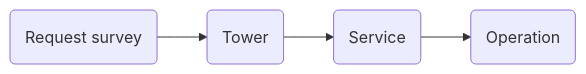
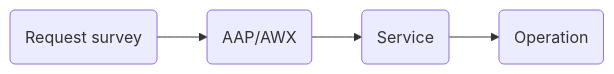
One commit to HewlettPackard/squest changed the diagram in docs/manual/service_catalog/service.md. Above: the diagram before and after it, drawn with Mermaid. The commit also changed 17 other files, not shown here.

Commit message:
Replace Tower by AAP in documentation

````diff
--- a/docs/manual/service_catalog/service.md
+++ b/docs/manual/service_catalog/service.md
@@ -51,4 +51,4 @@
 ```mermaid
 flowchart LR
-    survey(Request survey) --> Tower(Tower) --> Service(Service)  --> Operation(Operation)
+    survey(Request survey) --> AAP/AWX(AAP/AWX) --> Service(Service)  --> Operation(Operation)
 ```
````
